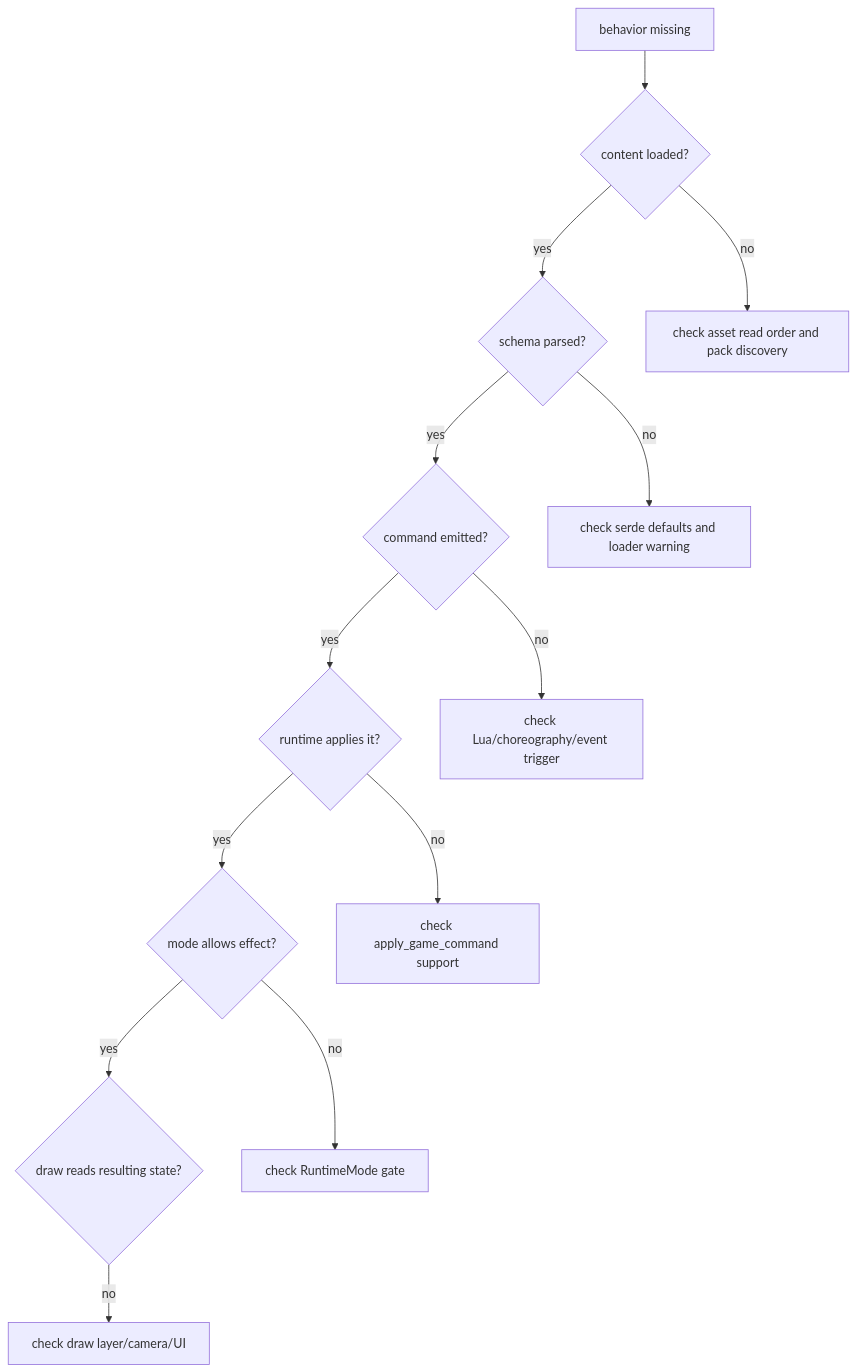
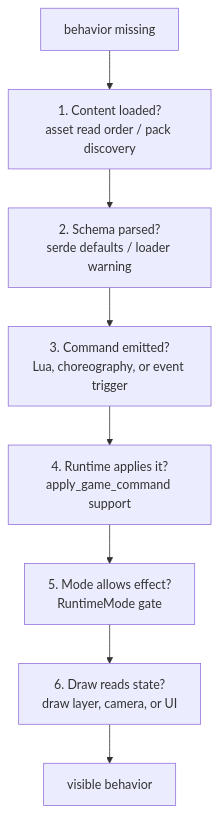
Before and after one commit to soulwax/EchoWiki: the tenth of 10 diagrams in src/content/docs/pages/architecture/runtime-data-command-pipeline.md, drawn with Mermaid. The commit also changed other lines of this file and 5 other files, not shown here.

Commit message:
fix: refine runtime pipeline diagrams

````diff
--- a/src/content/docs/pages/architecture/runtime-data-command-pipeline.md
+++ b/src/content/docs/pages/architecture/runtime-data-command-pipeline.md
@@ -263,23 +245,19 @@
 ```mermaid
 flowchart TD
     bug[behavior missing]
-    content{content loaded?}
-    parse{schema parsed?}
-    command{command emitted?}
-    apply{runtime applies it?}
-    mode{mode allows effect?}
-    draw{draw reads resulting state?}
+    content["1. Content loaded?<br/>asset read order / pack discovery"]
+    parse["2. Schema parsed?<br/>serde defaults / loader warning"]
+    command["3. Command emitted?<br/>Lua, choreography, or event trigger"]
+    apply["4. Runtime applies it?<br/>apply_game_command support"]
+    mode["5. Mode allows effect?<br/>RuntimeMode gate"]
+    draw["6. Draw reads state?<br/>draw layer, camera, or UI"]
+    done[visible behavior]
 
     bug --> content
-    content -- no --> readpath[check asset read order and pack discovery]
-    content -- yes --> parse
-    parse -- no --> loader[check serde defaults and loader warning]
-    parse -- yes --> command
-    command -- no --> source[check Lua/choreography/event trigger]
-    command -- yes --> apply
-    apply -- no --> support[check apply_game_command support]
-    apply -- yes --> mode
-    mode -- no --> gate[check RuntimeMode gate]
-    mode -- yes --> draw
-    draw -- no --> visual[check draw layer/camera/UI]
+    content --> parse
+    parse --> command
+    command --> apply
+    apply --> mode
+    mode --> draw
+    draw --> done
 ```
````
